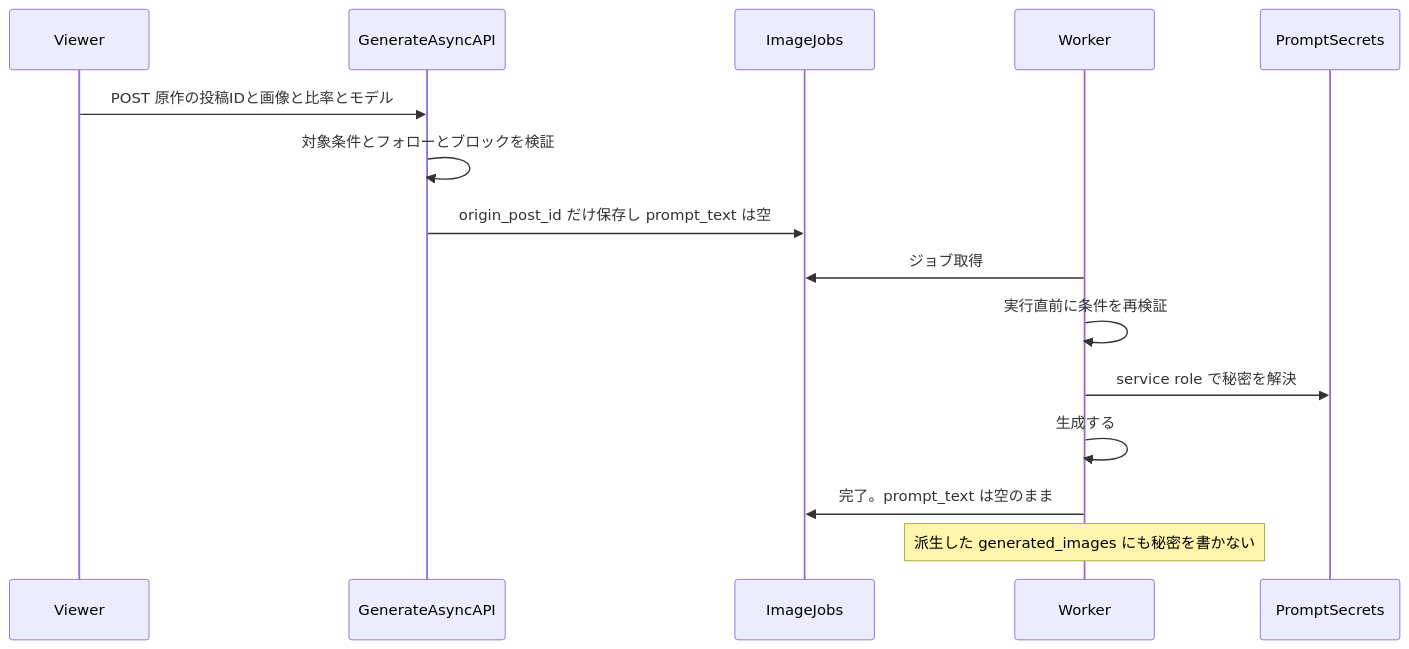
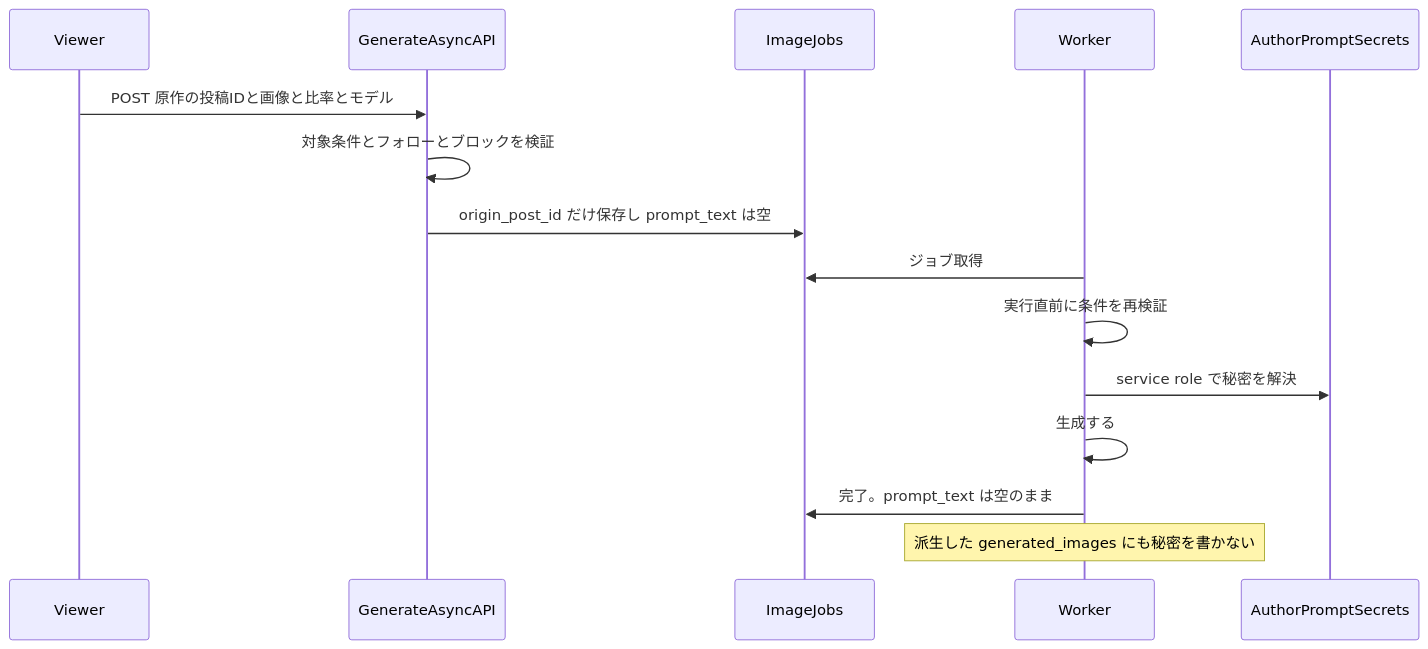
One commit to 3balljugglerYu/ai_coordinate changed the third of 6 diagrams in docs/planning/free-prompt-private-mode-implementation-plan.md. Above: the diagram before and after it, drawn with Mermaid. The commit also changed other lines of this file, not shown here.

Commit message:
docs(plan): harden private prompt rollout plan

````diff
--- a/docs/planning/free-prompt-private-mode-implementation-plan.md
+++ b/docs/planning/free-prompt-private-mode-implementation-plan.md
@@ -168,17 +199,17 @@
 ```mermaid
 sequenceDiagram
     participant U as Viewer
     participant API as GenerateAsyncAPI
     participant J as ImageJobs
     participant W as Worker
-    participant S as PromptSecrets
+    participant S as AuthorPromptSecrets
     U->>API: POST 原作の投稿IDと画像と比率とモデル
     API->>API: 対象条件とフォローとブロックを検証
     API->>J: origin_post_id だけ保存し prompt_text は空
     W->>J: ジョブ取得
     W->>W: 実行直前に条件を再検証
     W->>S: service role で秘密を解決
     W->>W: 生成する
     W->>J: 完了。prompt_text は空のまま
     Note over W: 派生した generated_images にも秘密を書かない
 ```
````
